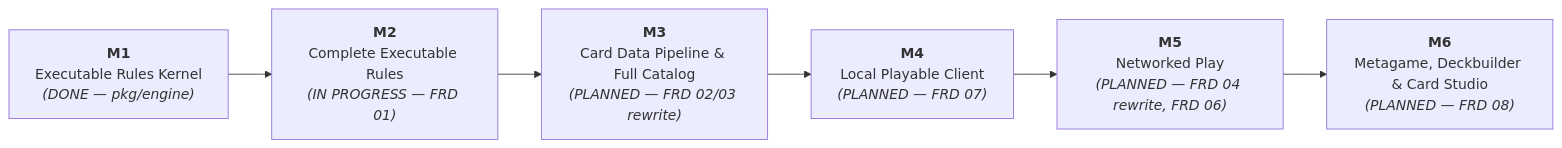
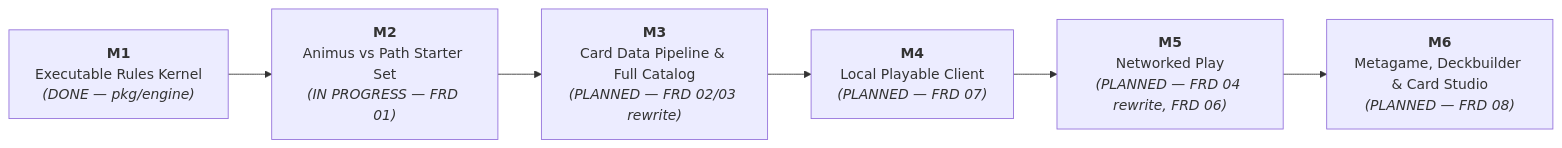
One commit to hailstorm01/animus-mundi changed the diagram in docs/PRODUCT_SUMMARY.md. Above: the diagram before and after it, drawn with Mermaid. The commit also changed other lines of this file, not shown here.

````diff
--- a/docs/PRODUCT_SUMMARY.md
+++ b/docs/PRODUCT_SUMMARY.md
@@ -224,11 +224,11 @@
 ```mermaid
 flowchart LR
     M1["<b>M1</b><br/>Executable Rules Kernel<br/><i>(DONE — pkg/engine)</i>"]
-    M2["<b>M2</b><br/>Complete Executable Rules<br/><i>(IN PROGRESS — FRD 01)</i>"]
+    M2["<b>M2</b><br/>Animus vs Path Starter Set<br/><i>(IN PROGRESS — FRD 01)</i>"]
     M3["<b>M3</b><br/>Card Data Pipeline & Full Catalog<br/><i>(PLANNED — FRD 02/03 rewrite)</i>"]
     M4["<b>M4</b><br/>Local Playable Client<br/><i>(PLANNED — FRD 07)</i>"]
     M5["<b>M5</b><br/>Networked Play<br/><i>(PLANNED — FRD 04 rewrite, FRD 06)</i>"]
     M6["<b>M6</b><br/>Metagame, Deckbuilder & Card Studio<br/><i>(PLANNED — FRD 08)</i>"]
 
     M1 --> M2 --> M3 --> M4 --> M5 --> M6
 ```
````
